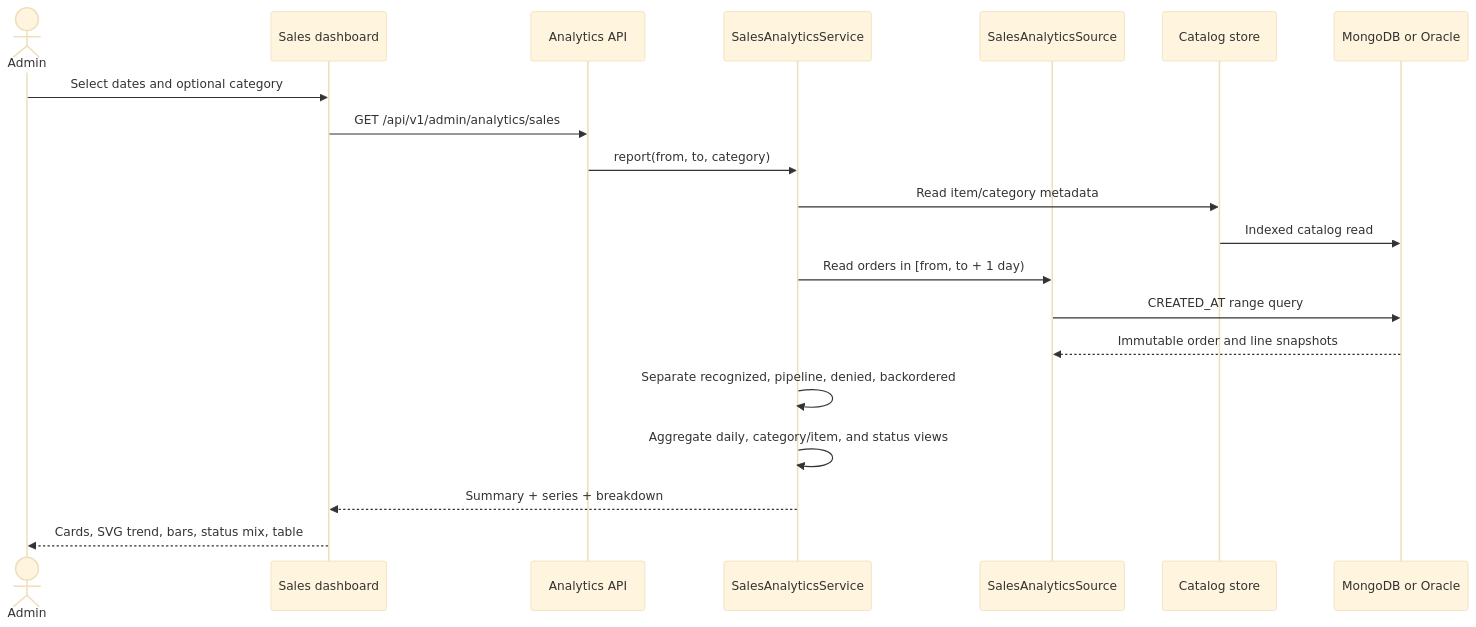
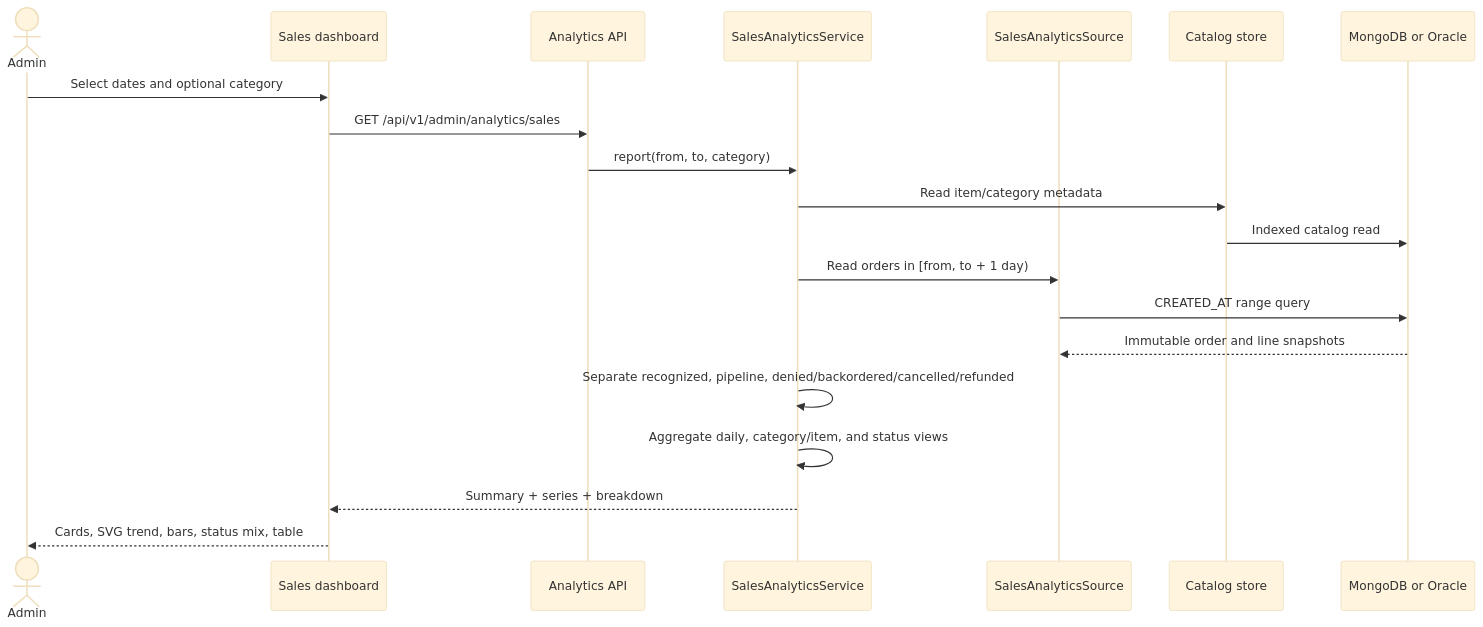
Before and after one commit to adityakulraj/petstore-modernized: the first of 2 diagrams in docs/feature-sales-revenue-analytics.md, drawn with Mermaid (base theme). The commit also changed other lines of this file and 56 other files, not shown here.

````diff
--- a/docs/feature-sales-revenue-analytics.md
+++ b/docs/feature-sales-revenue-analytics.md
@@ -18,23 +18,23 @@
 ```mermaid
 sequenceDiagram
     actor Admin
     participant UI as Sales dashboard
     participant API as Analytics API
     participant Service as SalesAnalyticsService
     participant Orders as SalesAnalyticsSource
     participant Catalog as Catalog store
     participant DB as MongoDB or Oracle
 
     Admin->>UI: Select dates and optional category
     UI->>API: GET /api/v1/admin/analytics/sales
     API->>Service: report(from, to, category)
     Service->>Catalog: Read item/category metadata
     Catalog->>DB: Indexed catalog read
     Service->>Orders: Read orders in [from, to + 1 day)
     Orders->>DB: CREATED_AT range query
     DB-->>Orders: Immutable order and line snapshots
-    Service->>Service: Separate recognized, pipeline, denied, backordered
+    Service->>Service: Separate recognized, pipeline, denied/backordered/cancelled/refunded
     Service->>Service: Aggregate daily, category/item, and status views
     Service-->>UI: Summary + series + breakdown
     UI-->>Admin: Cards, SVG trend, bars, status mix, table
 ```
````
